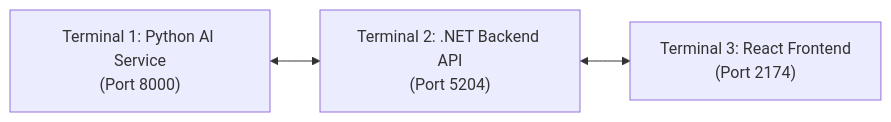
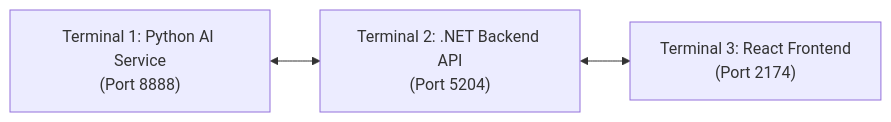
One commit to Raashidh-Rizvi/EduFlowAi changed the diagram in docs/project/18_RUN_AND_SETUP.md. Above: the diagram before and after it, drawn with Mermaid. The commit also changed other lines of this file and 9 other files, not shown here.

````diff
--- a/docs/project/18_RUN_AND_SETUP.md
+++ b/docs/project/18_RUN_AND_SETUP.md
@@ -36,9 +36,9 @@
 ```mermaid
 flowchart LR
-    T1["Terminal 1: Python AI Service\n(Port 8000)"]
+    T1["Terminal 1: Python AI Service\n(Port 8888)"]
     T2["Terminal 2: .NET Backend API\n(Port 5204)"]
     T3["Terminal 3: React Frontend\n(Port 2174)"]
 
     T1 <--> T2
     T2 <--> T3
 ```
````
